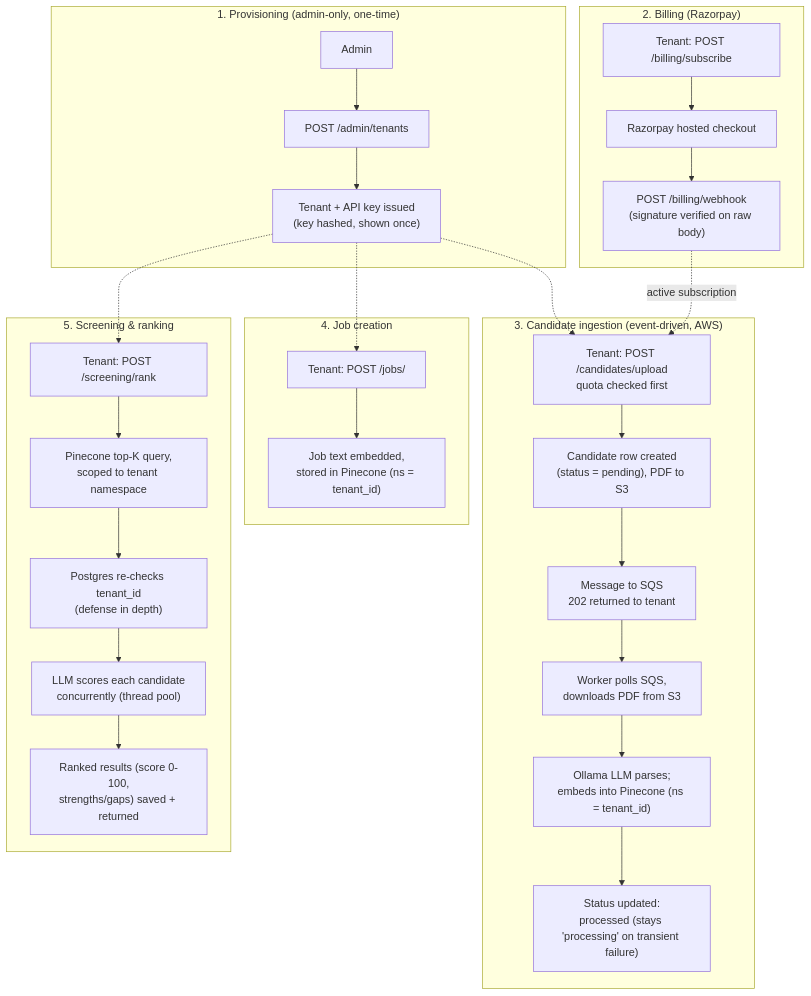
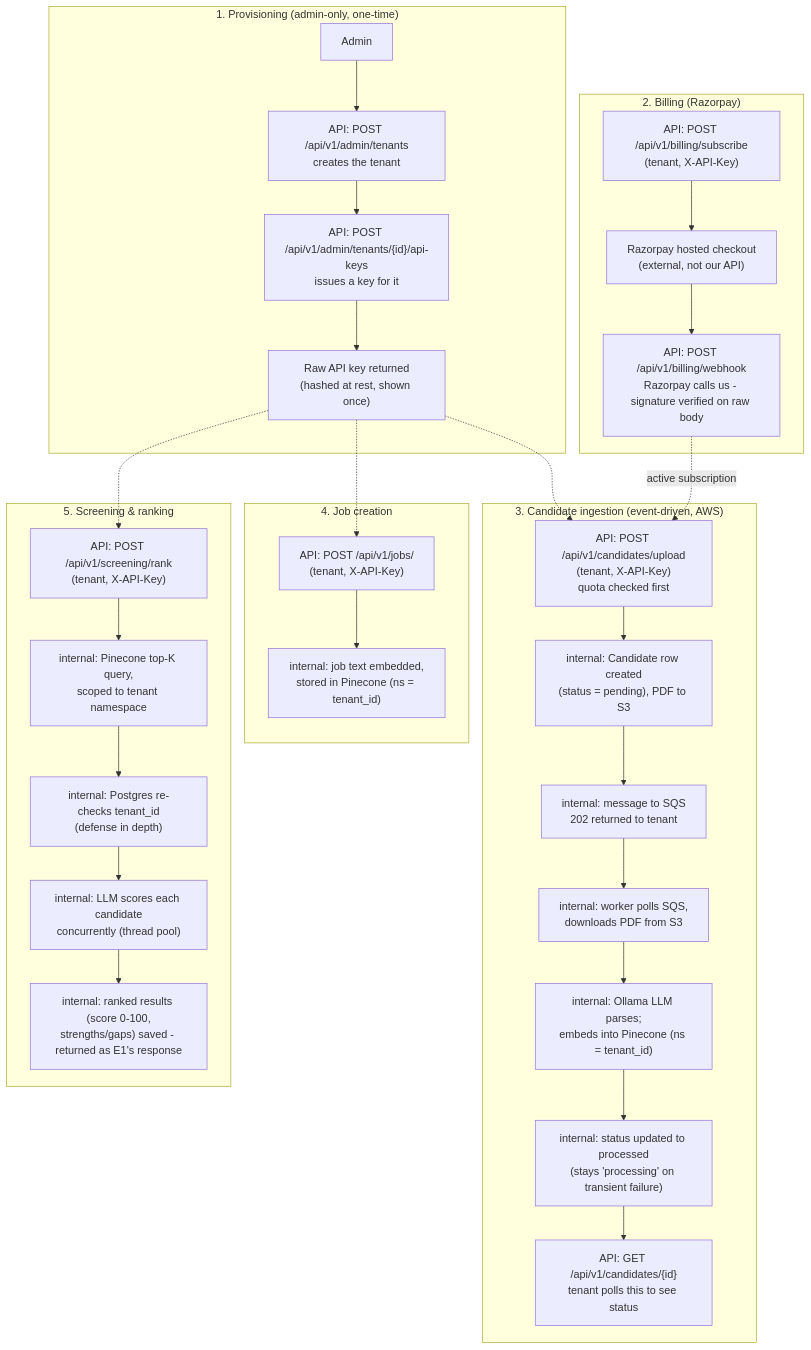
One commit to LakshyaTecno/resume-screening-service changed the first of 3 diagrams in README.md. Above: the diagram before and after it, drawn with Mermaid. The commit also changed other lines of this file, not shown here.

Commit message:
Label every step in the unified flow diagram with its real API
Every box now shows the exact route (API: POST /...) or is marked
internal: for steps that aren't endpoints at all. Also fixes a real
inaccuracy: tenant creation and API-key issuance were shown as one
step, but they're two separate admin calls (POST /admin/tenants, then
POST /admin/tenants/{id}/api-keys). Adds the missing GET
/candidates/{id} polling step, which closes the ingestion loop but was
never shown in this diagram.

````diff
--- a/README.md
+++ b/README.md
@@ -11,34 +11,38 @@
 ```mermaid
 flowchart TD
     subgraph Provisioning["1. Provisioning (admin-only, one-time)"]
-        A1["Admin"] --> A2["POST /admin/tenants"] --> A3["Tenant + API key issued<br/>(key hashed, shown once)"]
+        A1["Admin"] --> A2["API: POST /api/v1/admin/tenants<br/>creates the tenant"]
+        A2 --> A3["API: POST /api/v1/admin/tenants/{id}/api-keys<br/>issues a key for it"]
+        A3 --> A4["Raw API key returned<br/>(hashed at rest, shown once)"]
     end
 
     subgraph Billing["2. Billing (Razorpay)"]
-        B1["Tenant: POST /billing/subscribe"] --> B2["Razorpay hosted checkout"] --> B3["POST /billing/webhook<br/>(signature verified on raw body)"]
+        B1["API: POST /api/v1/billing/subscribe<br/>(tenant, X-API-Key)"] --> B2["Razorpay hosted checkout<br/>(external, not our API)"]
+        B2 --> B3["API: POST /api/v1/billing/webhook<br/>Razorpay calls us - signature verified on raw body"]
     end
 
     subgraph Ingestion["3. Candidate ingestion (event-driven, AWS)"]
-        C1["Tenant: POST /candidates/upload<br/>quota checked first"] --> C2["Candidate row created<br/>(status = pending), PDF to S3"]
-        C2 --> C3["Message to SQS<br/>202 returned to tenant"]
-        C3 --> C4["Worker polls SQS,<br/>downloads PDF from S3"]
-        C4 --> C5["Ollama LLM parses;<br/>embeds into Pinecone (ns = tenant_id)"]
-        C5 --> C6["Status updated:<br/>processed (stays 'processing' on transient failure)"]
+        C1["API: POST /api/v1/candidates/upload<br/>(tenant, X-API-Key)<br/>quota checked first"] --> C2["internal: Candidate row created<br/>(status = pending), PDF to S3"]
+        C2 --> C3["internal: message to SQS<br/>202 returned to tenant"]
+        C3 --> C4["internal: worker polls SQS,<br/>downloads PDF from S3"]
+        C4 --> C5["internal: Ollama LLM parses;<br/>embeds into Pinecone (ns = tenant_id)"]
+        C5 --> C6["internal: status updated to processed<br/>(stays 'processing' on transient failure)"]
+        C6 --> C7["API: GET /api/v1/candidates/{id}<br/>tenant polls this to see status"]
     end
 
     subgraph JobCreation["4. Job creation"]
-        D1["Tenant: POST /jobs/"] --> D2["Job text embedded,<br/>stored in Pinecone (ns = tenant_id)"]
+        D1["API: POST /api/v1/jobs/<br/>(tenant, X-API-Key)"] --> D2["internal: job text embedded,<br/>stored in Pinecone (ns = tenant_id)"]
     end
 
     subgraph Ranking["5. Screening & ranking"]
-        E1["Tenant: POST /screening/rank"] --> E2["Pinecone top-K query,<br/>scoped to tenant namespace"]
-        E2 --> E3["Postgres re-checks tenant_id<br/>(defense in depth)"]
-        E3 --> E4["LLM scores each candidate<br/>concurrently (thread pool)"]
-        E4 --> E5["Ranked results (score 0-100,<br/>strengths/gaps) saved + returned"]
+        E1["API: POST /api/v1/screening/rank<br/>(tenant, X-API-Key)"] --> E2["internal: Pinecone top-K query,<br/>scoped to tenant namespace"]
+        E2 --> E3["internal: Postgres re-checks tenant_id<br/>(defense in depth)"]
+        E3 --> E4["internal: LLM scores each candidate<br/>concurrently (thread pool)"]
+        E4 --> E5["internal: ranked results (score 0-100,<br/>strengths/gaps) saved - returned as E1's response"]
     end
 
-    A3 -.-> C1
-    A3 -.-> D1
-    A3 -.-> E1
+    A4 -.-> C1
+    A4 -.-> D1
+    A4 -.-> E1
     B3 -.->|active subscription| C1
 ```
````
